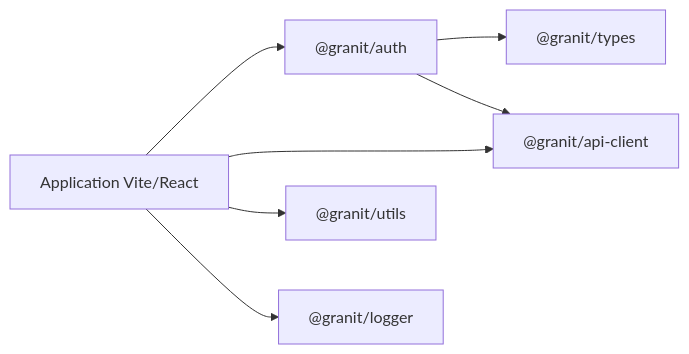
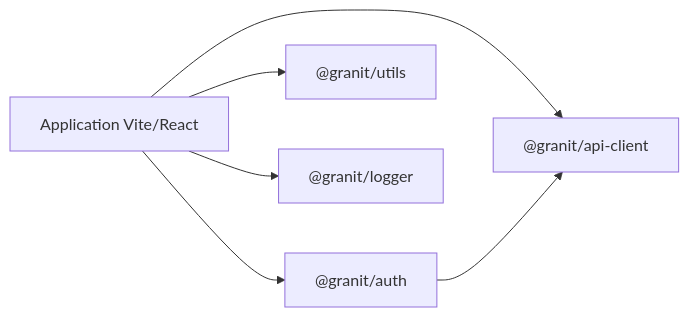
Before and after one commit to enraiz/granit-front: the diagram in docs/guide/demarrage-rapide.md, drawn with Mermaid. The commit also changed other lines of this file and 17 other files, not shown here.

First line of the commit message:
refactor(types): supprimer @granit/types et distribuer les types dans les modules

````diff
--- a/docs/guide/demarrage-rapide.md
+++ b/docs/guide/demarrage-rapide.md
@@ -9,10 +9,9 @@
 ```mermaid
 flowchart LR
     APP[Application Vite/React]
     APP --> AUTH["@granit/auth"]
     APP --> API["@granit/api-client"]
     APP --> UTILS["@granit/utils"]
     APP --> LOGGER["@granit/logger"]
-    AUTH --> TYPES["@granit/types"]
     AUTH --> API
 ```
````
